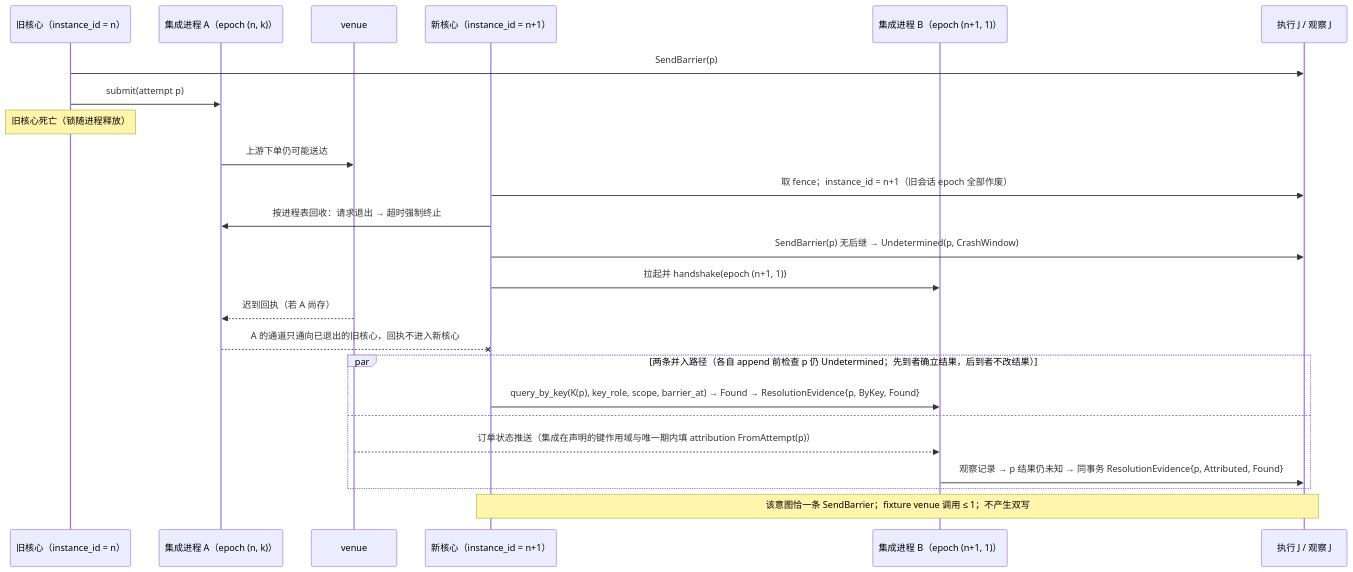
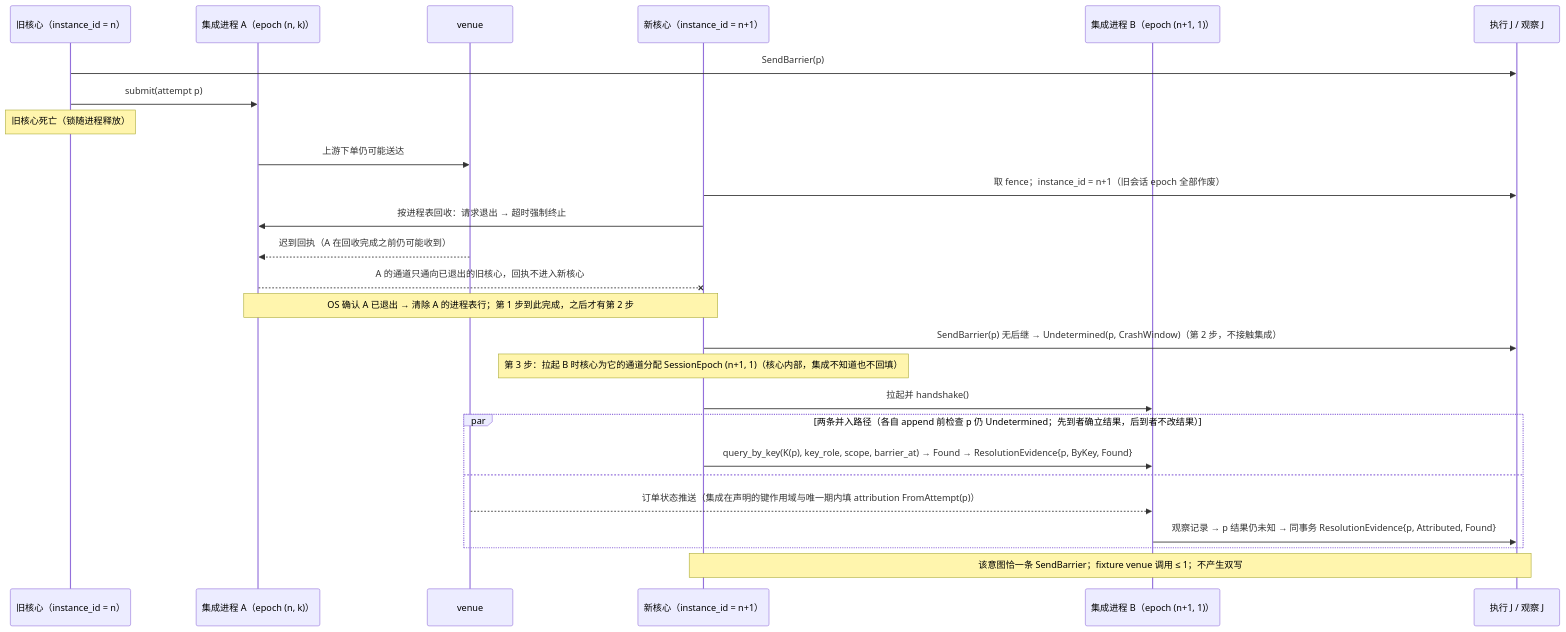
One commit to mouriya-s-lab/uta changed the third of 4 diagrams in design/diagrams/07-crash-recovery.md. Above: the diagram before and after it, drawn with Mermaid. The commit also changed other lines of this file and 5 other files, not shown here.

````diff
--- a/design/diagrams/07-crash-recovery.md
+++ b/design/diagrams/07-crash-recovery.md
@@ -72,26 +72,28 @@
 ```mermaid
 sequenceDiagram
   participant OLD as 旧核心（instance_id = n）
   participant IA as 集成进程 A（epoch (n, k)）
   participant V as venue
   participant NEW as 新核心（instance_id = n+1）
   participant IB as 集成进程 B（epoch (n+1, 1)）
   participant J as 执行 J / 观察 J
   OLD->>J: SendBarrier(p)
   OLD->>IA: submit(attempt p)
   Note over OLD: 旧核心死亡（锁随进程释放）
   IA->>V: 上游下单仍可能送达
   NEW->>J: 取 fence；instance_id = n+1（旧会话 epoch 全部作废）
   NEW->>IA: 按进程表回收：请求退出 → 超时强制终止
-  NEW->>J: SendBarrier(p) 无后继 → Undetermined(p, CrashWindow)
-  NEW->>IB: 拉起并 handshake(epoch (n+1, 1))
-  V-->>IA: 迟到回执（若 A 尚存）
+  V-->>IA: 迟到回执（A 在回收完成之前仍可能收到）
   IA--xNEW: A 的通道只通向已退出的旧核心，回执不进入新核心
+  Note over NEW,IA: OS 确认 A 已退出 → 清除 A 的进程表行；第 1 步到此完成，之后才有第 2 步
+  NEW->>J: SendBarrier(p) 无后继 → Undetermined(p, CrashWindow)（第 2 步，不接触集成）
+  Note over NEW: 第 3 步：拉起 B 时核心为它的通道分配 SessionEpoch (n+1, 1)（核心内部，集成不知道也不回填）
+  NEW->>IB: 拉起并 handshake()
   par 两条并入路径（各自 append 前检查 p 仍 Undetermined；先到者确立结果，后到者不改结果）
     NEW->>IB: query_by_key(K(p), key_role, scope, barrier_at) → Found → ResolutionEvidence{p, ByKey, Found}
   and
     V-->>IB: 订单状态推送（集成在声明的键作用域与唯一期内填 attribution FromAttempt(p)）
     IB->>J: 观察记录 → p 结果仍未知 → 同事务 ResolutionEvidence{p, Attributed, Found}
   end
   Note over NEW,J: 该意图恰一条 SendBarrier；fixture venue 调用 ≤ 1；不产生双写
 ```
````
